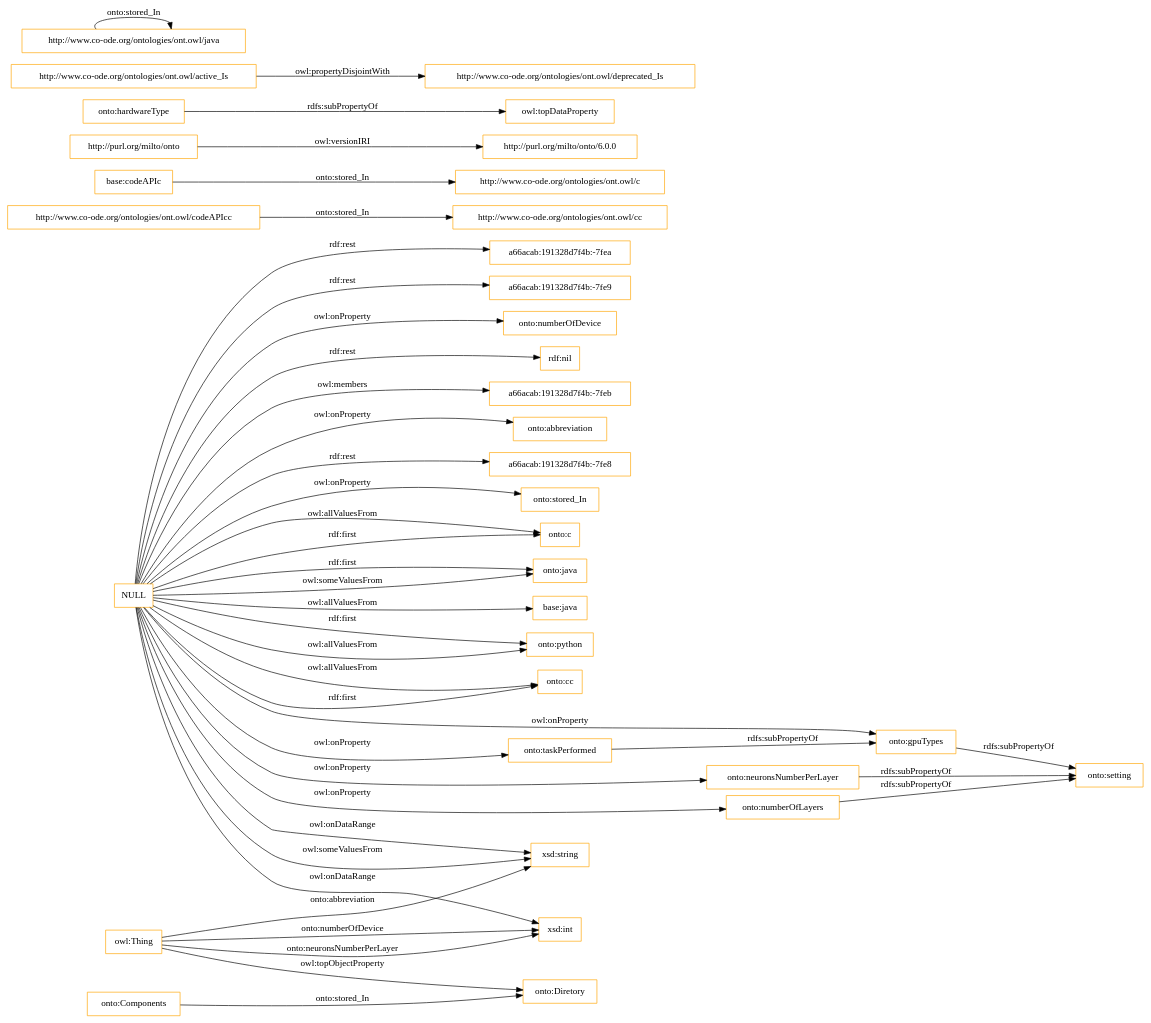
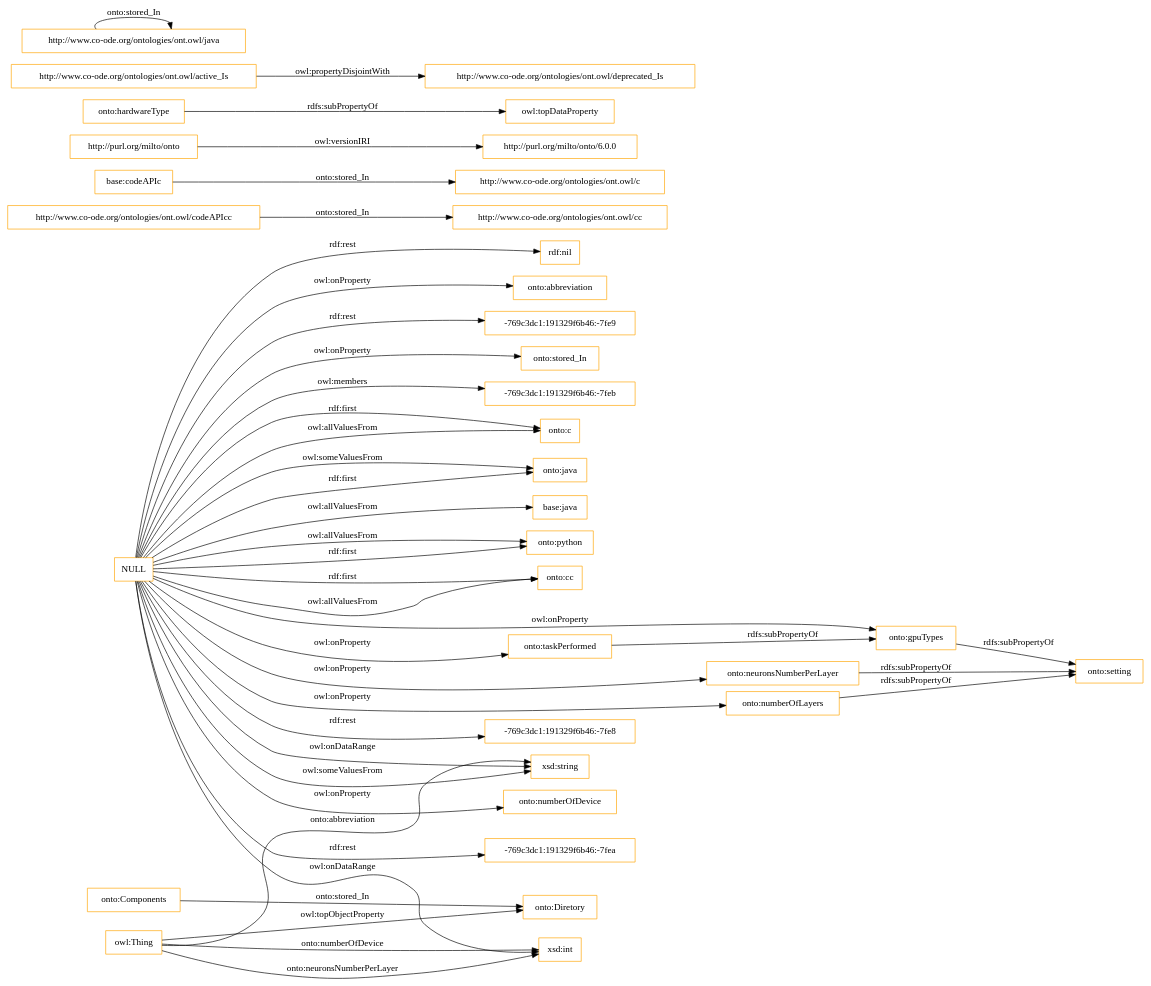
Before and after one commit to AleLocci/alelocci.github.io: the diagram in OnToology/myDocumentation/ontology.owl/diagrams/ar2dtool-class/ontology.owl.png.dot, drawn with Graphviz. The commit also changed 5 other files, not shown here.

```diff
--- a/OnToology/myDocumentation/ontology.owl/diagrams/ar2dtool-class/ontology.owl.png.dot
+++ b/OnToology/myDocumentation/ontology.owl/diagrams/ar2dtool-class/ontology.owl.png.dot
@@ -1,45 +1,45 @@
 digraph ar2dtool_diagram { 
 rankdir=LR;
 size="1501"
 node [shape = rectangle, color="orange"]; "onto:c" "onto:Diretory" "onto:java" "base:java" "onto:python" "onto:cc" "onto:Components" ; /*classes style*/
 	"onto:gpuTypes" -> "onto:setting" [ label = "rdfs:subPropertyOf" ];
 	"onto:neuronsNumberPerLayer" -> "onto:setting" [ label = "rdfs:subPropertyOf" ];
 	"http://www.co-ode.org/ontologies/ont.owl/codeAPIcc" -> "http://www.co-ode.org/ontologies/ont.owl/cc" [ label = "onto:stored_In" ];
 	"base:codeAPIc" -> "http://www.co-ode.org/ontologies/ont.owl/c" [ label = "onto:stored_In" ];
 	"http://purl.org/milto/onto" -> "http://purl.org/milto/onto/6.0.0" [ label = "owl:versionIRI" ];
 	"onto:hardwareType" -> "owl:topDataProperty" [ label = "rdfs:subPropertyOf" ];
 	"http://www.co-ode.org/ontologies/ont.owl/active_Is" -> "http://www.co-ode.org/ontologies/ont.owl/deprecated_Is" [ label = "owl:propertyDisjointWith" ];
 	"http://www.co-ode.org/ontologies/ont.owl/java" -> "http://www.co-ode.org/ontologies/ont.owl/java" [ label = "onto:stored_In" ];
 	"NULL" -> "onto:c" [ label = "owl:allValuesFrom" ];
 	"NULL" -> "onto:java" [ label = "rdf:first" ];
+	"NULL" -> "-769c3dc1:191329f6b46:-7fe8" [ label = "rdf:rest" ];
 	"NULL" -> "xsd:string" [ label = "owl:someValuesFrom" ];
 	"NULL" -> "base:java" [ label = "owl:allValuesFrom" ];
-	"NULL" -> "a66acab:191328d7f4b:-7fea" [ label = "rdf:rest" ];
 	"NULL" -> "onto:taskPerformed" [ label = "owl:onProperty" ];
-	"NULL" -> "a66acab:191328d7f4b:-7fe9" [ label = "rdf:rest" ];
 	"NULL" -> "onto:numberOfDevice" [ label = "owl:onProperty" ];
 	"NULL" -> "onto:java" [ label = "owl:someValuesFrom" ];
 	"NULL" -> "onto:numberOfLayers" [ label = "owl:onProperty" ];
 	"NULL" -> "onto:neuronsNumberPerLayer" [ label = "owl:onProperty" ];
 	"NULL" -> "onto:python" [ label = "rdf:first" ];
 	"NULL" -> "onto:python" [ label = "owl:allValuesFrom" ];
 	"NULL" -> "onto:cc" [ label = "owl:allValuesFrom" ];
+	"NULL" -> "-769c3dc1:191329f6b46:-7fea" [ label = "rdf:rest" ];
 	"NULL" -> "rdf:nil" [ label = "rdf:rest" ];
-	"NULL" -> "a66acab:191328d7f4b:-7feb" [ label = "owl:members" ];
 	"NULL" -> "xsd:string" [ label = "owl:onDataRange" ];
 	"NULL" -> "onto:abbreviation" [ label = "owl:onProperty" ];
+	"NULL" -> "-769c3dc1:191329f6b46:-7fe9" [ label = "rdf:rest" ];
 	"NULL" -> "xsd:int" [ label = "owl:onDataRange" ];
 	"NULL" -> "onto:c" [ label = "rdf:first" ];
-	"NULL" -> "a66acab:191328d7f4b:-7fe8" [ label = "rdf:rest" ];
 	"NULL" -> "onto:stored_In" [ label = "owl:onProperty" ];
+	"NULL" -> "-769c3dc1:191329f6b46:-7feb" [ label = "owl:members" ];
 	"NULL" -> "onto:cc" [ label = "rdf:first" ];
 	"NULL" -> "onto:gpuTypes" [ label = "owl:onProperty" ];
 	"onto:taskPerformed" -> "onto:gpuTypes" [ label = "rdfs:subPropertyOf" ];
 	"onto:numberOfLayers" -> "onto:setting" [ label = "rdfs:subPropertyOf" ];
 	"owl:Thing" -> "xsd:int" [ label = "onto:neuronsNumberPerLayer" ];
 	"owl:Thing" -> "xsd:int" [ label = "onto:numberOfDevice" ];
 	"owl:Thing" -> "xsd:string" [ label = "onto:abbreviation" ];
 	"onto:Components" -> "onto:Diretory" [ label = "onto:stored_In" ];
 	"owl:Thing" -> "onto:Diretory" [ label = "owl:topObjectProperty" ];
 
 }
```
